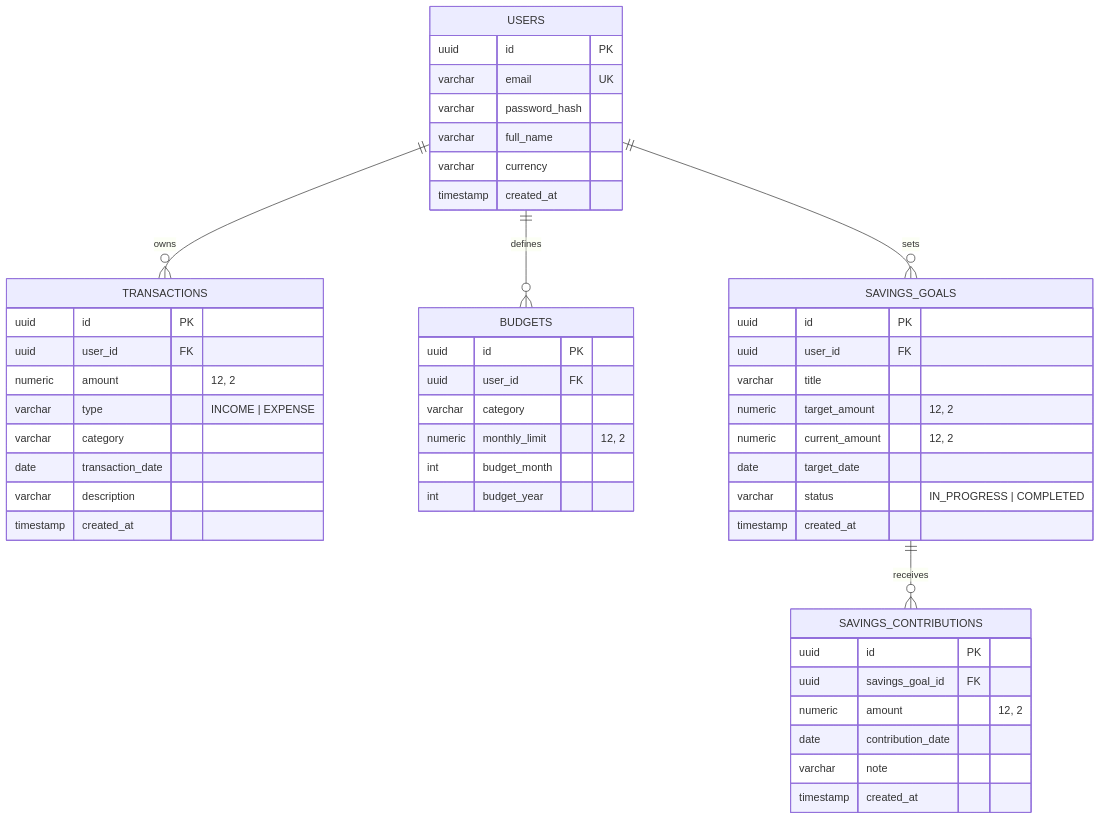
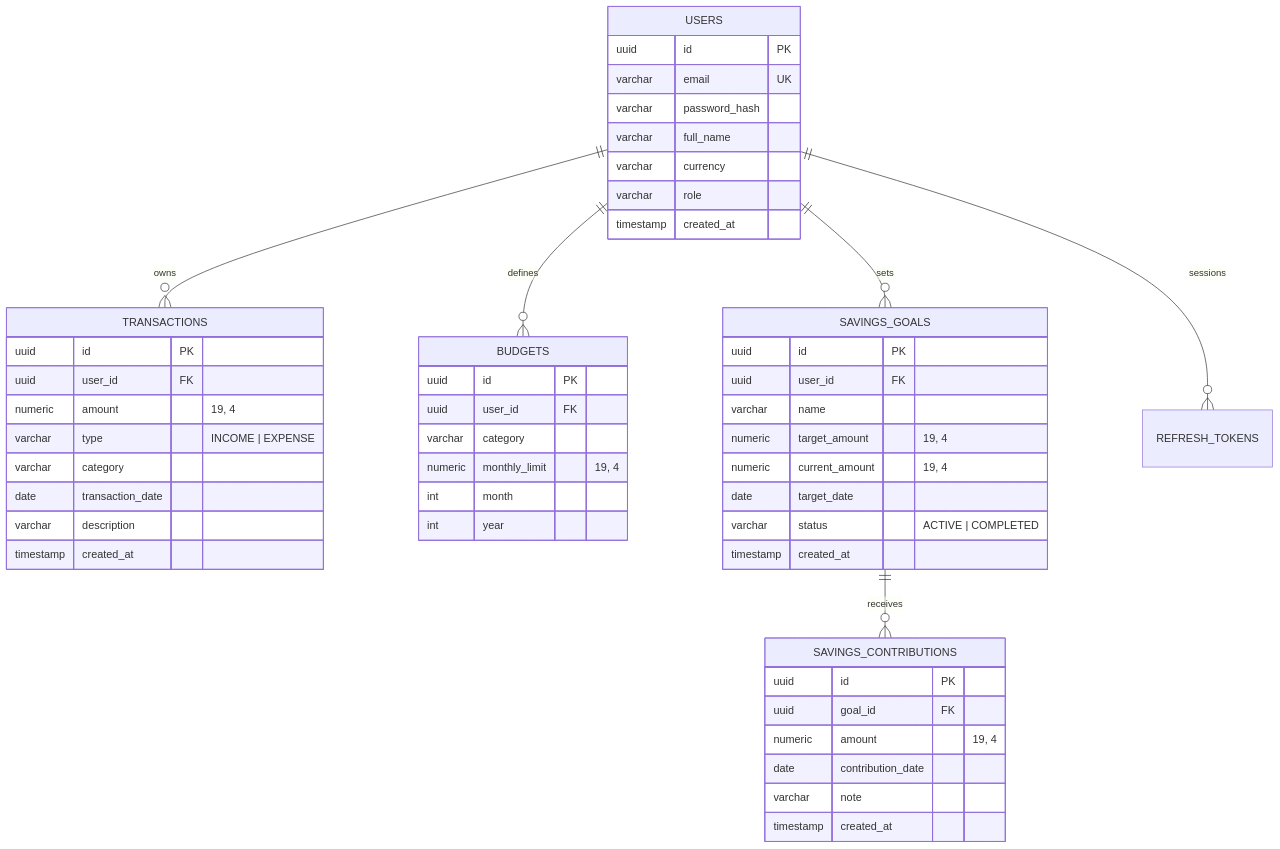
Before and after one commit to mesho254/PocketLedger: the second of 2 diagrams in README.md, drawn with Mermaid. The commit also changed other lines of this file and 14 other files, not shown here.

````diff
--- a/README.md
+++ b/README.md
@@ -52,56 +116,58 @@
 ```mermaid
 erDiagram
     USERS ||--o{ TRANSACTIONS : owns
     USERS ||--o{ BUDGETS : defines
     USERS ||--o{ SAVINGS_GOALS : sets
+    USERS ||--o{ REFRESH_TOKENS : sessions
     SAVINGS_GOALS ||--o{ SAVINGS_CONTRIBUTIONS : receives
 
     USERS {
         uuid id PK
         varchar email UK
         varchar password_hash
         varchar full_name
         varchar currency
+        varchar role
         timestamp created_at
     }
 
     TRANSACTIONS {
         uuid id PK
         uuid user_id FK
-        numeric amount "12, 2"
+        numeric amount "19, 4"
         varchar type "INCOME | EXPENSE"
         varchar category
         date transaction_date
         varchar description
         timestamp created_at
     }
 
     BUDGETS {
         uuid id PK
         uuid user_id FK
         varchar category
-        numeric monthly_limit "12, 2"
-        int budget_month
-        int budget_year
+        numeric monthly_limit "19, 4"
+        int month
+        int year
     }
 
     SAVINGS_GOALS {
         uuid id PK
         uuid user_id FK
-        varchar title
-        numeric target_amount "12, 2"
-        numeric current_amount "12, 2"
+        varchar name
+        numeric target_amount "19, 4"
+        numeric current_amount "19, 4"
         date target_date
-        varchar status "IN_PROGRESS | COMPLETED"
+        varchar status "ACTIVE | COMPLETED"
         timestamp created_at
     }
 
     SAVINGS_CONTRIBUTIONS {
         uuid id PK
-        uuid savings_goal_id FK
-        numeric amount "12, 2"
+        uuid goal_id FK
+        numeric amount "19, 4"
         date contribution_date
         varchar note
         timestamp created_at
     }
 ```
````
